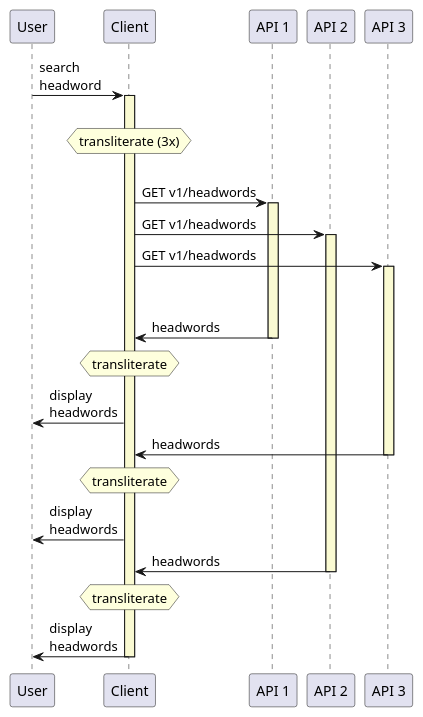
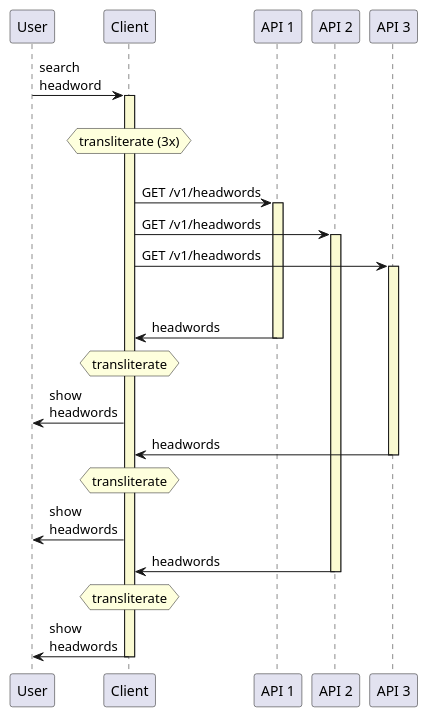
The second of 3 diagrams in doc/src/client.rst (cceh/m-salt-api), drawn with PlantUML before and after one commit. The commit also changed other lines of this file and 29 other files, not shown here.

```diff
--- a/doc/src/client.rst
+++ b/doc/src/client.rst
@@ -75,40 +75,42 @@
 .. uml::
+   :align: center
+   :caption: Diagram of API calls for a headword search.
 
-   participant User
+   participant User as u
    participant Client as c
    participant "API 1" as a1
    participant "API 2" as a2
    participant "API 3" as a3
 
    skinparam sequence {
 	  LifeLineBackgroundColor LightGoldenRodYellow
    }
 
-   User -> c: search\nheadword
+   u -> c: search\nheadword
    activate c
    ||20||
    hnote over c: transliterate (3x)
    ||20||
-   c -> a1: GET v1/headwords
+   c -> a1: GET /v1/headwords
    activate a1
-   c -> a2: GET v1/headwords
+   c -> a2: GET /v1/headwords
    activate a2
-   c -> a3: GET v1/headwords
+   c -> a3: GET /v1/headwords
    activate a3
    ||40||
    a1 -> c: headwords
    deactivate a1
    hnote over c: transliterate
-   c -> User: display\nheadwords
+   c -> u: show\nheadwords
 
    a3 -> c: headwords
    deactivate a3
    hnote over c: transliterate
-   c -> User: display\nheadwords
+   c -> u: show\nheadwords
 
    a2 -> c: headwords
    deactivate a2
    hnote over c: transliterate
-   c -> User: display\nheadwords
+   c -> u: show\nheadwords
 
    deactivate c
```
